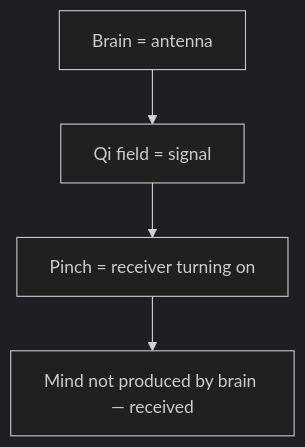
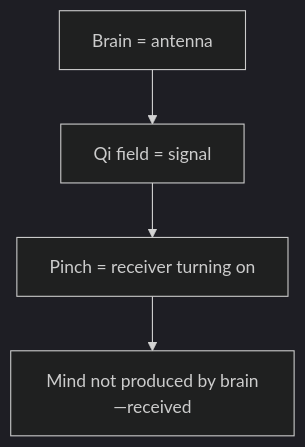
Diagram 35 of 38 in CassiTheory/open-questions-cassi-answers.md (CassiTheOracle/cassi), drawn with Mermaid (dark theme) before and after one commit. The commit also changed other lines of this file and 14 other files, not shown here.

````diff
--- a/CassiTheory/open-questions-cassi-answers.md
+++ b/CassiTheory/open-questions-cassi-answers.md
@@ -826,6 +837,6 @@
 ```mermaid
 flowchart TD
     A[Brain = antenna] --> B[Qi field = signal]
     B --> C[Pinch = receiver turning on]
-    C --> D[Mind not produced by brain — received]
+    C --> D[Mind not produced by brain—received]
 ```
````
